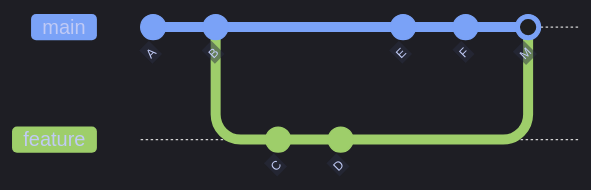
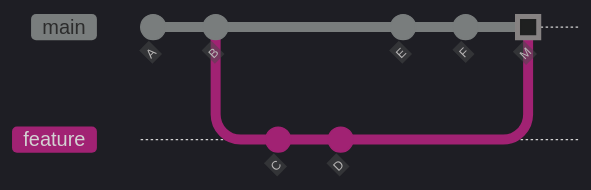
One commit to alp78/elysium changed the fourth of 9 diagrams in content/08-Git/git-branching-and-merging.md. Above: the diagram before and after it, drawn with Mermaid. The commit also changed other lines of this file and 55 other files, not shown here.

````diff
--- a/content/08-Git/git-branching-and-merging.md
+++ b/content/08-Git/git-branching-and-merging.md
@@ -323,31 +309,13 @@
 ```mermaid
-%%{init: {'theme': 'dark', 'themeVariables': {
-  'git0': '#7aa2f7',
-  'git1': '#9ece6a',
-  'git2': '#e0af68',
-  'git3': '#f7768e',
-  'git4': '#bb9af7',
-  'git5': '#7dcfff',
-  'git6': '#73daca',
-  'git7': '#ff9e64',
-  'gitBranchLabel0': '#c0caf5',
-  'gitBranchLabel1': '#c0caf5',
-  'gitBranchLabel2': '#c0caf5',
-  'gitBranchLabel3': '#c0caf5',
-  'commitLabelColor': '#c0caf5',
-  'commitLabelBackground': '#292e42',
-  'tagLabelColor': '#c0caf5',
-  'tagLabelBackground': '#292e42',
-  'tagLabelBorder': '#565f89'
-}}}%%
+%%{init: {'theme': 'dark', 'gitGraph': {'mainBranchName': 'main'}} }%%
 gitGraph
   commit id: "A"
   commit id: "B"
   branch feature
   commit id: "C"
   commit id: "D"
   checkout main
   commit id: "E"
   commit id: "F"
-  merge feature id: "M"
+  merge feature id: "M" type: HIGHLIGHT
 ```
````
